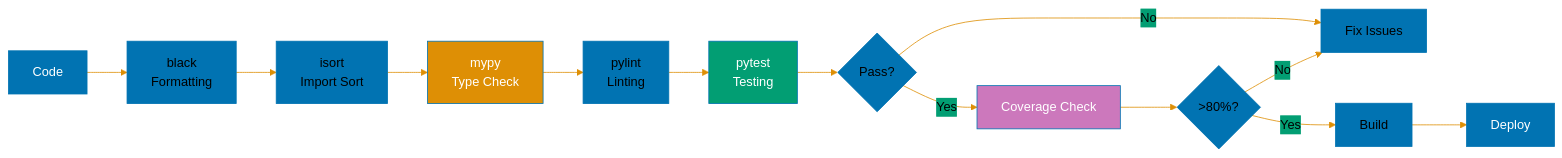
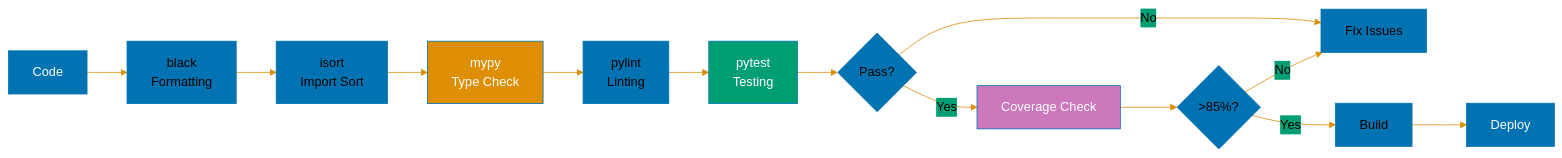
Before and after one commit to wahidyankf/open-sharia-enterprise: the fifth of 5 diagrams in docs/explanation/software-engineering/programming-languages/python/ex-soen-prla-py__best-practices.md, drawn with Mermaid. The commit also changed other lines of this file and 18 other files, not shown here.

````diff
--- a/docs/explanation/software-engineering/programming-languages/python/ex-soen-prla-py__best-practices.md
+++ b/docs/explanation/software-engineering/programming-languages/python/ex-soen-prla-py__best-practices.md
@@ -2645,25 +2645,25 @@
 ```mermaid
 %%{init: {'theme':'base', 'themeVariables': { 'primaryColor':'#0173B2','primaryTextColor':'#000','primaryBorderColor':'#0173B2','lineColor':'#DE8F05','secondaryColor':'#029E73','tertiaryColor':'#CC78BC','fontSize':'16px'}}}%%
 flowchart LR
     A[Code] --> B[black<br/>Formatting]
     B --> C[isort<br/>Import Sort]
     C --> D[mypy<br/>Type Check]
     D --> E[pylint<br/>Linting]
     E --> F[pytest<br/>Testing]
     F --> G{Pass?}
 
     G -->|Yes| H[Coverage Check]
     G -->|No| I[Fix Issues]
 
-    H --> J{>80%?}
+    H --> J{>85%?}
     J -->|Yes| K[Build]
     J -->|No| I
 
     K --> L[Deploy]
 
     style A fill:#0173B2,color:#fff
     style D fill:#DE8F05,color:#fff
     style F fill:#029E73,color:#fff
     style H fill:#CC78BC,color:#fff
     style L fill:#0173B2,color:#fff
 ```
````
